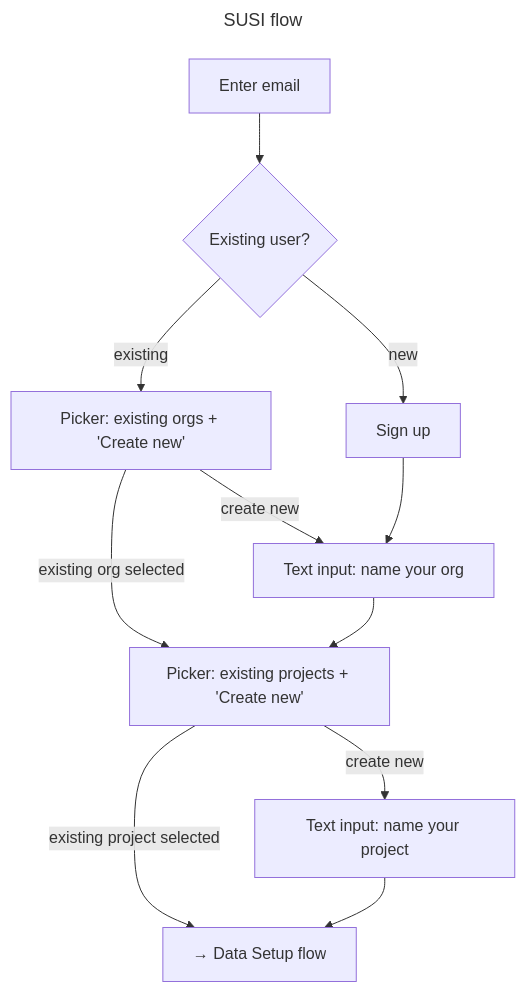
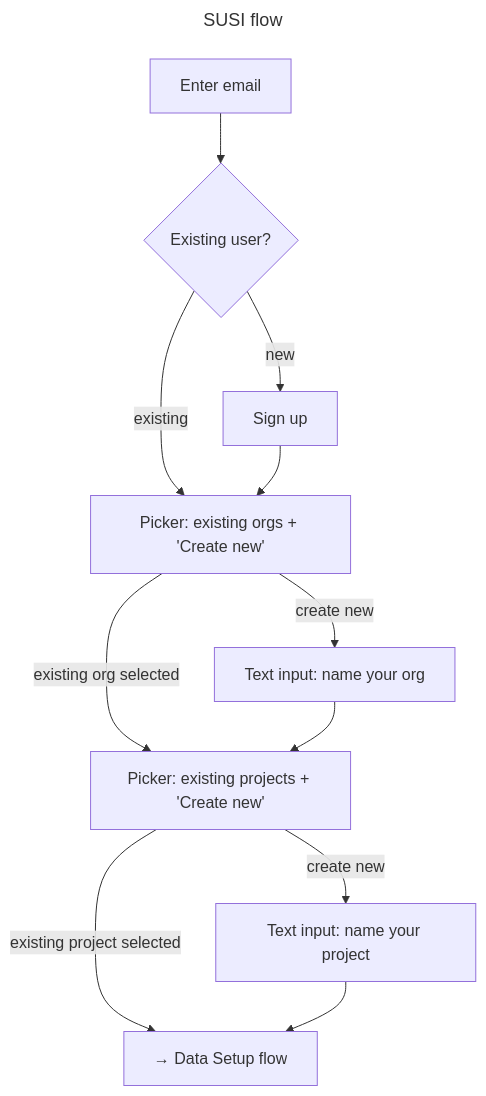
One commit to amplitude/wizard changed the fourth of 8 diagrams in docs/flows.md. Above: the diagram before and after it, drawn with Mermaid. The commit also changed 17 other files, not shown here.

````diff
--- a/docs/flows.md
+++ b/docs/flows.md
@@ -133,16 +133,16 @@
 ```mermaid
 ---
 title: SUSI flow
 ---
 flowchart TD
     EMAIL["Enter email"] --> USER_TYPE{Existing user?}
     USER_TYPE -->|existing| ORG_PICKER["Picker: existing orgs + 'Create new'"]
-    USER_TYPE -->|new| SIGNUP["Sign up"] --> ORG_NAME["Text input: name your org"]
+    USER_TYPE -->|new| SIGNUP["Sign up"] --> ORG_PICKER
 
     ORG_PICKER -->|existing org selected| PROJ_PICKER
-    ORG_PICKER -->|create new| ORG_NAME --> PROJ_PICKER
+    ORG_PICKER -->|create new| ORG_NAME["Text input: name your org"] --> PROJ_PICKER
 
     PROJ_PICKER["Picker: existing projects + 'Create new'"]
     PROJ_PICKER -->|existing project selected| DONE["→ Data Setup flow"]
     PROJ_PICKER -->|create new| PROJ_NAME["Text input: name your project"] --> DONE
 ```
````
